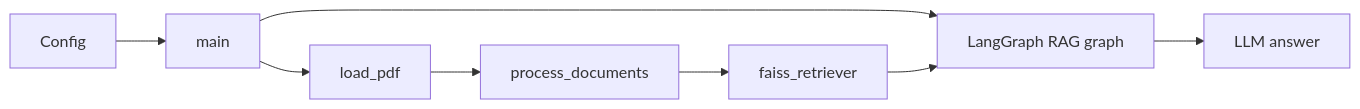
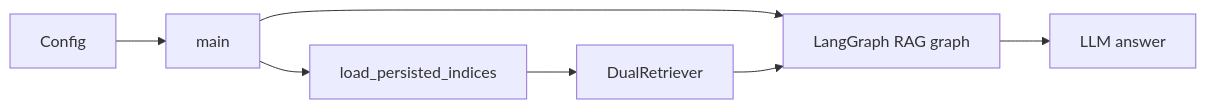
One commit to druv022/ETB-Project changed the diagram in docs/ARCHITECTURE.md. Above: the diagram before and after it, drawn with Mermaid. The commit also changed other lines of this file and 11 other files, not shown here.

````diff
--- a/docs/ARCHITECTURE.md
+++ b/docs/ARCHITECTURE.md
@@ -69,10 +72,9 @@
 ```mermaid
 flowchart LR
   Config[Config] --> Main[main]
-  Main --> LoadPDF[load_pdf]
-  LoadPDF --> ProcessDocs[process_documents]
-  ProcessDocs --> Retriever[faiss_retriever]
+  Main --> LoadIndex[load_persisted_indices]
+  LoadIndex --> Retriever[DualRetriever]
   Main --> LangGraphRAG["LangGraph RAG graph"]
   Retriever --> LangGraphRAG
   LangGraphRAG --> LLMAnswer["LLM answer"]
 ```
````
